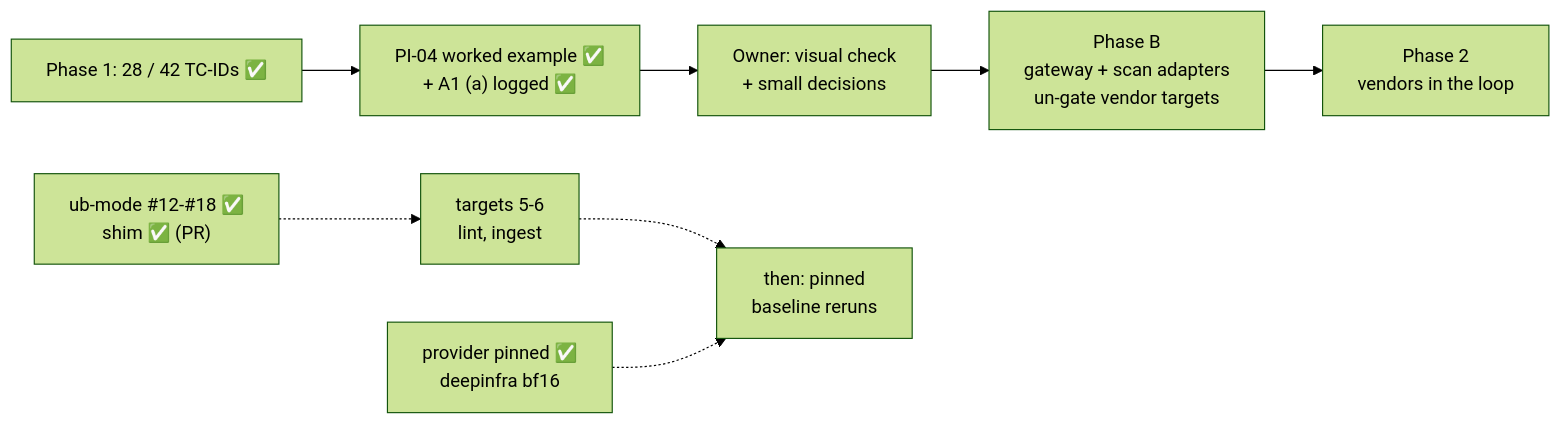
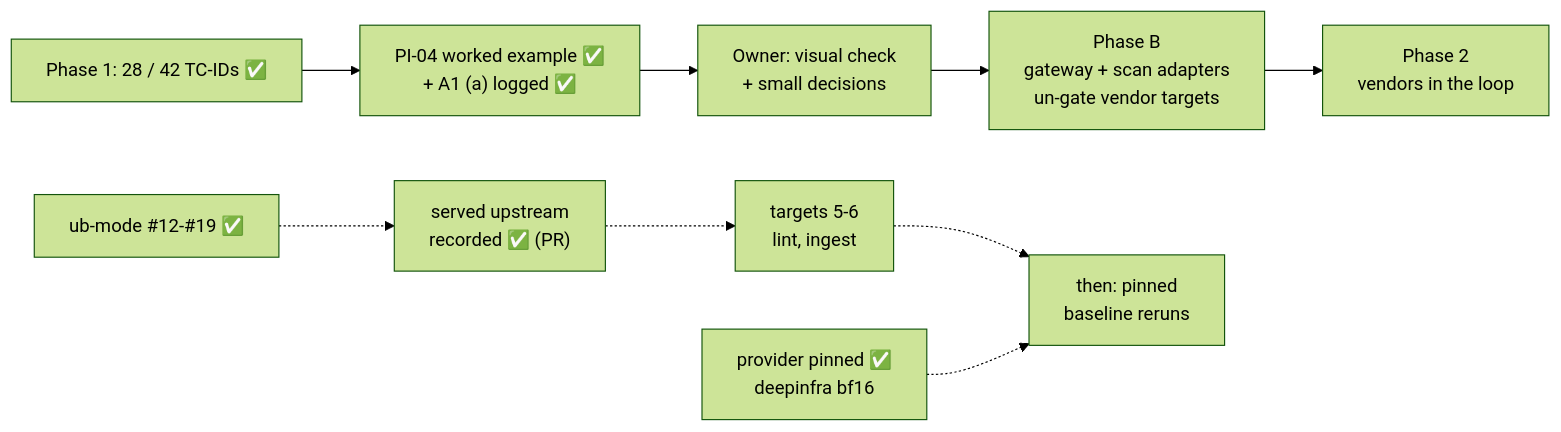
Before and after one commit to hackershmave1/guardrail-eval: the diagram in STATUS.md, drawn with Mermaid (forest theme). The commit also changed other lines of this file, not shown here.

First line of the commit message:
Status: served upstream recorded; target 5 next

````diff
--- a/STATUS.md
+++ b/STATUS.md
@@ -7,10 +7,11 @@
 ```mermaid
 flowchart LR
     A["Phase 1: 28 / 42 TC-IDs ✅"] --> W["PI-04 worked example ✅<br/>+ A1 (a) logged ✅"]
     W --> C["Owner: visual check<br/>+ small decisions"]
     C --> D["Phase B<br/>gateway + scan adapters<br/>un-gate vendor targets"]
     D --> E["Phase 2<br/>vendors in the loop"]
-    U["ub-mode #12-#18 ✅<br/>shim ✅ (PR)"] -.-> N["targets 5-6<br/>lint, ingest"]
+    U["ub-mode #12-#19 ✅"] -.-> R["served upstream<br/>recorded ✅ (PR)"]
+    R -.-> N["targets 5-6<br/>lint, ingest"]
     N -.-> B["then: pinned<br/>baseline reruns"]
     P["provider pinned ✅<br/>deepinfra bf16"] -.-> B
 ```
````
